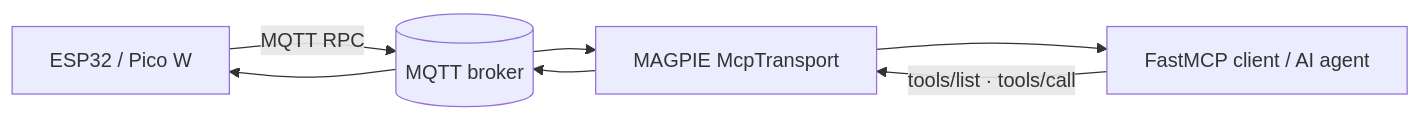
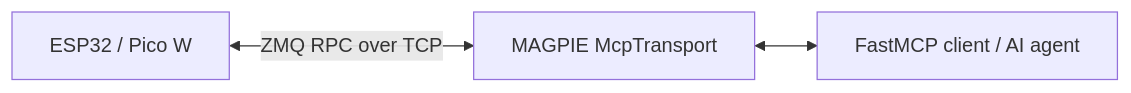
The diagram in docs/examples/micropython.mdx (luxai-qtrobot/magpie-doc), drawn with Mermaid before and after one commit. The commit also changed other lines of this file and 19 other files, not shown here.

````diff
--- a/docs/examples/micropython.mdx
+++ b/docs/examples/micropython.mdx
@@ -85,9 +101,5 @@
 ```mermaid
 flowchart LR
-    D[ESP32 / Pico W] -->|MQTT RPC| B[(MQTT broker)]
-    B --> M[MAGPIE McpTransport]
-    M --> A[FastMCP client / AI agent]
-    A -->|tools/list · tools/call| M
-    M --> B
-    B --> D
+    D[ESP32 / Pico W] <-->|ZMQ RPC over TCP| M[MAGPIE McpTransport]
+    M <--> A[FastMCP client / AI agent]
 ```
````
